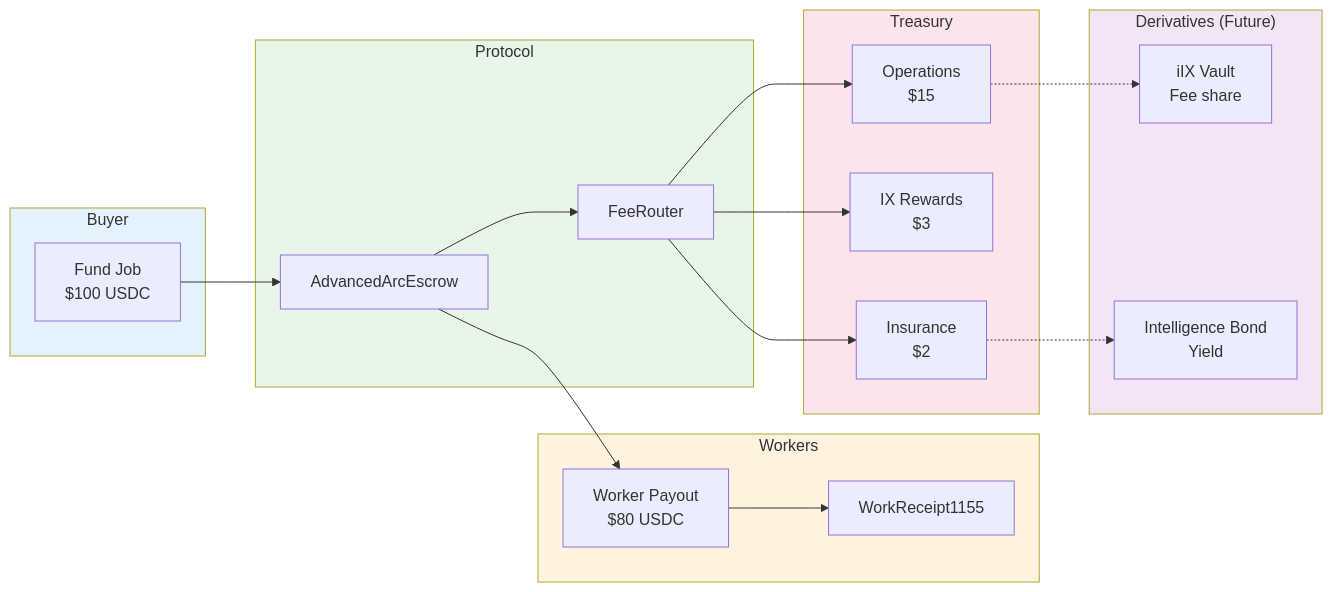
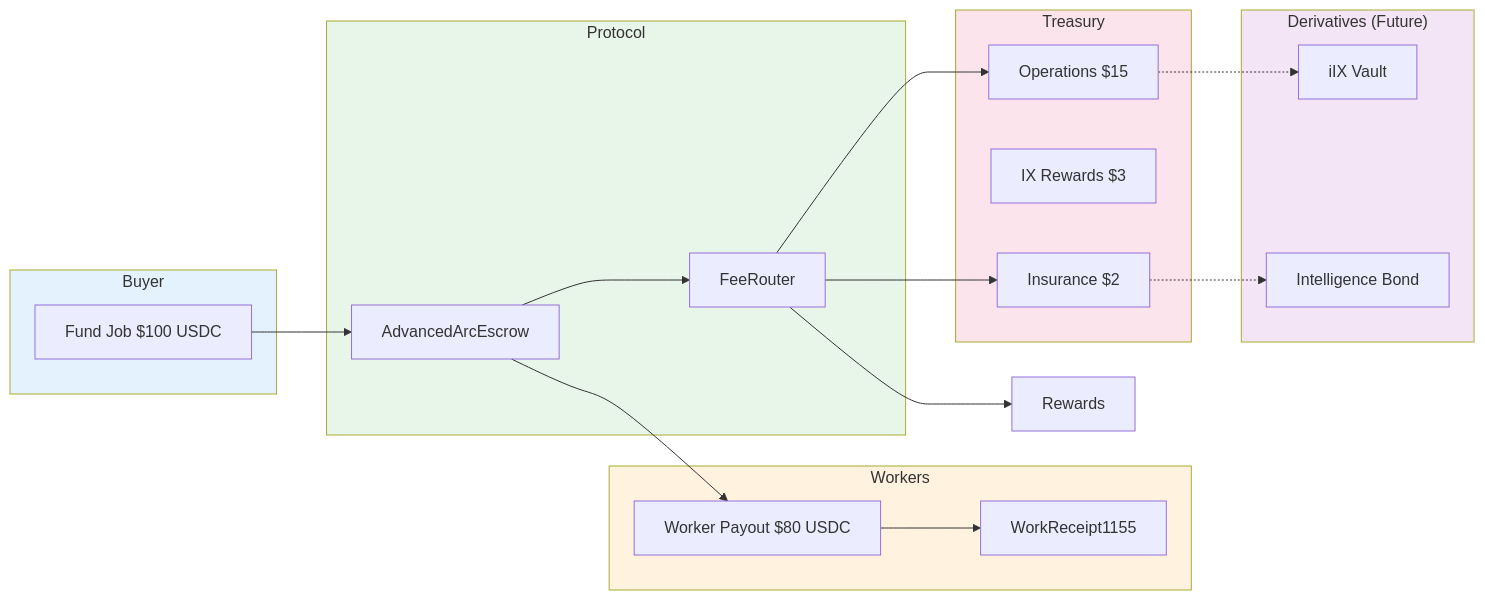
Before and after one commit to chimera-defi/ethglobal-cannes-2026-intelligence-exchange: the fourth of 4 diagrams in docs/architecture/intelligence-derivatives-evolution.md, drawn with Mermaid. The commit also changed other lines of this file and 4 other files, not shown here.

First line of the commit message:
fix: repair mermaid diagrams for GitHub rendering

````diff
--- a/docs/architecture/intelligence-derivatives-evolution.md
+++ b/docs/architecture/intelligence-derivatives-evolution.md
@@ -155,43 +155,43 @@
 ```mermaid
 flowchart LR
     subgraph Buyer["Buyer"]
-        Fund["Fund Job<br/>$100 USDC"]
+        Fund["Fund Job $100 USDC"]
     end
 
     subgraph Protocol["Protocol"]
         Escrow["AdvancedArcEscrow"]
         FeeRouter["FeeRouter"]
     end
 
     subgraph Workers["Workers"]
-        Payout["Worker Payout<br/>$80 USDC"]
-        Receipt["WorkReceipt1155"]
+        Payout["Worker Payout $80 USDC"]
+        WR["WorkReceipt1155"]
     end
 
     subgraph Treasury["Treasury"]
-        Ops["Operations<br/>$15"]
-        Rewards["IX Rewards<br/>$3"]
-        Insurance["Insurance<br/>$2"]
+        Ops["Operations $15"]
+        Rew["IX Rewards $3"]
+        Insurance["Insurance $2"]
     end
 
     subgraph Derivatives["Derivatives (Future)"]
-        Vault["iIX Vault<br/>Fee share"]
-        Bond["Intelligence Bond<br/>Yield"]
+        Vault["iIX Vault"]
+        Bond["Intelligence Bond"]
     end
 
     Fund --> Escrow --> Payout
     Escrow --> FeeRouter
     FeeRouter --> Ops
     FeeRouter --> Rewards
     FeeRouter --> Insurance
-    Payout --> Receipt
+    Payout --> WR
     
     Ops -.-> Vault
     Insurance -.-> Bond
 
     style Buyer fill:#e3f2fd
     style Protocol fill:#e8f5e9
     style Workers fill:#fff3e0
     style Treasury fill:#fce4ec
     style Derivatives fill:#f3e5f5
 ```
````
